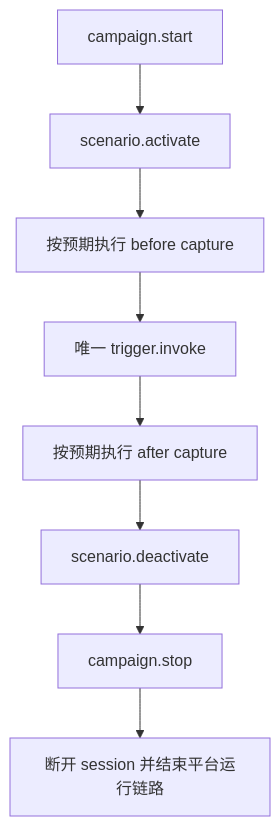
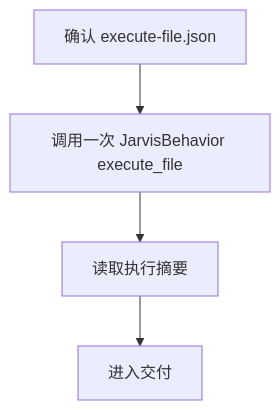
The fourth of 5 diagrams in assets/codex/skills/domain-rbt-executor/SKILL.md (daihothot/scout), drawn with Mermaid before and after one commit. The commit also changed other lines of this file and 24 other files, not shown here.

First line of the commit message:
enhance(rbt): rework execution flow with execute-file and dynamic tools

````diff
--- a/assets/codex/skills/domain-rbt-executor/SKILL.md
+++ b/assets/codex/skills/domain-rbt-executor/SKILL.md
@@ -219,10 +217,6 @@
 ```mermaid
 flowchart TD
-  A["campaign.start"] --> B["scenario.activate"]
-  B --> C["按预期执行 before capture"]
-  C --> D["唯一 trigger.invoke"]
-  D --> E["按预期执行 after capture"]
-  E --> F["scenario.deactivate"]
-  F --> G["campaign.stop"]
-  G --> H["断开 session 并结束平台运行链路"]
+  A["确认 execute-file.json"] --> B["调用一次 JarvisBehavior execute_file"]
+  B --> C["读取执行摘要"]
+  C --> D["进入交付"]
 ```
````
